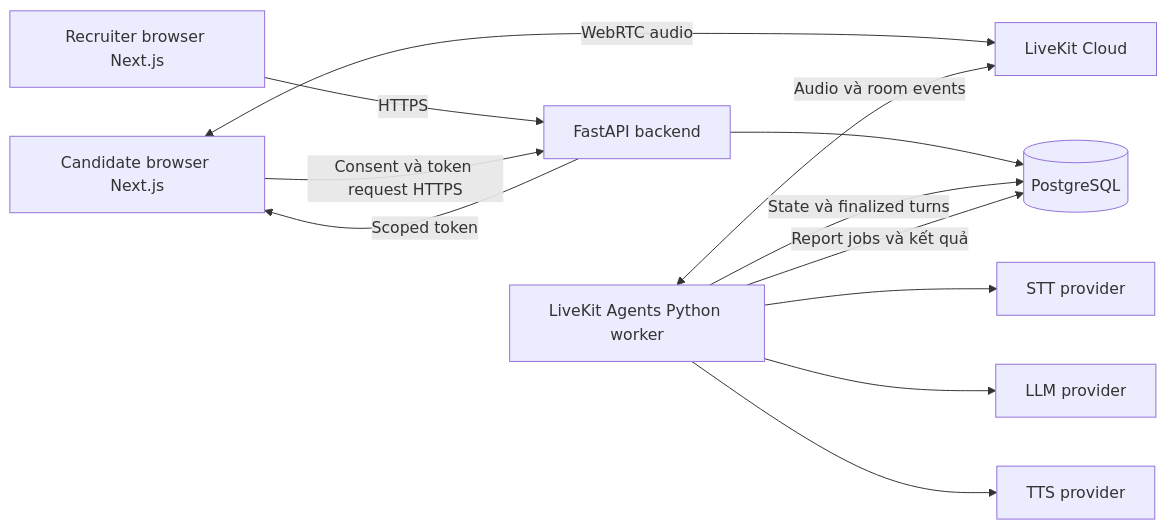
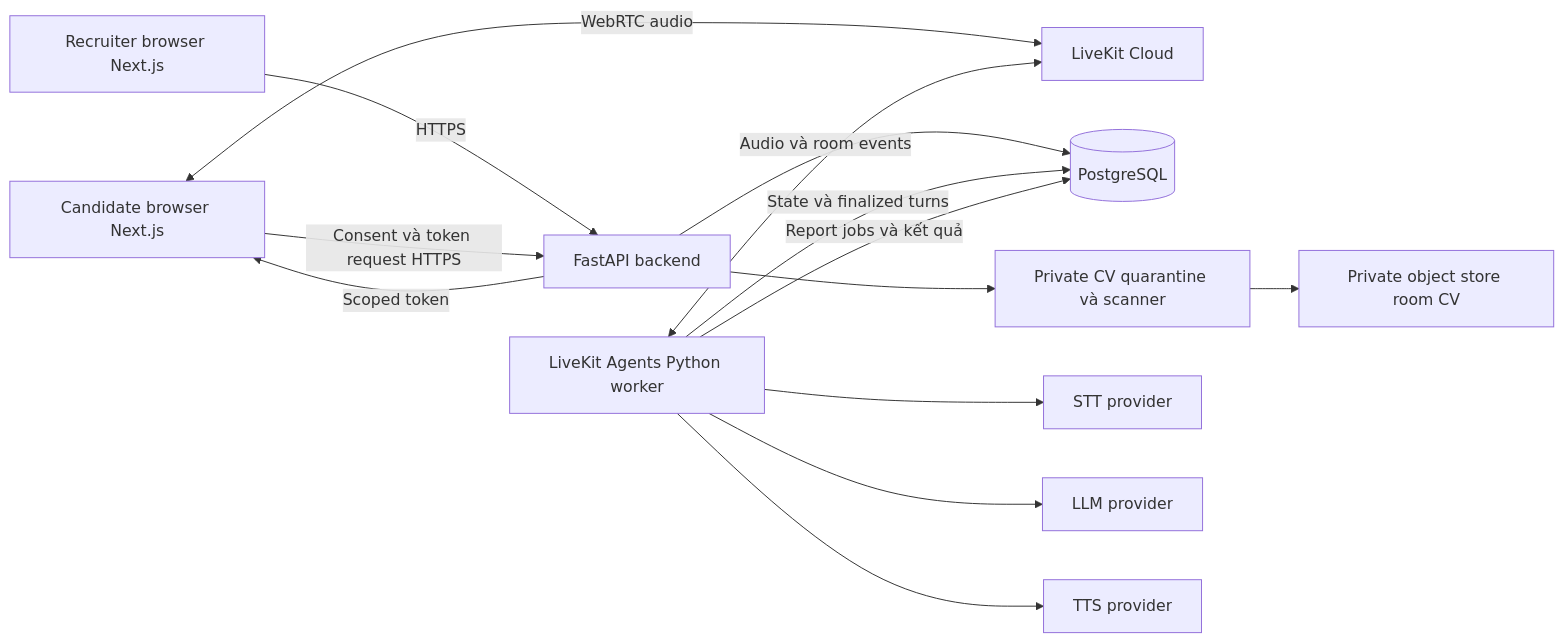
The diagram in docs/architecture/system-architecture.md (apase95/OpenInterview), drawn with Mermaid before and after one commit. The commit also changed other lines of this file and 6 other files, not shown here.

````diff
--- a/docs/architecture/system-architecture.md
+++ b/docs/architecture/system-architecture.md
@@ -7,14 +7,16 @@
 ```mermaid
 flowchart LR
     C[Candidate browser Next.js] <-->|WebRTC audio| L[LiveKit Cloud]
     R[Recruiter browser Next.js] -->|HTTPS| B[FastAPI backend]
     C -->|Consent và token request HTTPS| B
     B --> D[(PostgreSQL)]
+    B --> Q[Private CV quarantine và scanner]
+    Q --> O[Private object store room CV]
     B -->|Scoped token| C
     W[LiveKit Agents Python worker] <-->|Audio và room events| L
     W -->|State và finalized turns| D
     W --> S[STT provider]
     W --> M[LLM provider]
     W --> T[TTS provider]
     W -->|Report jobs và kết quả| D
 ```
````
